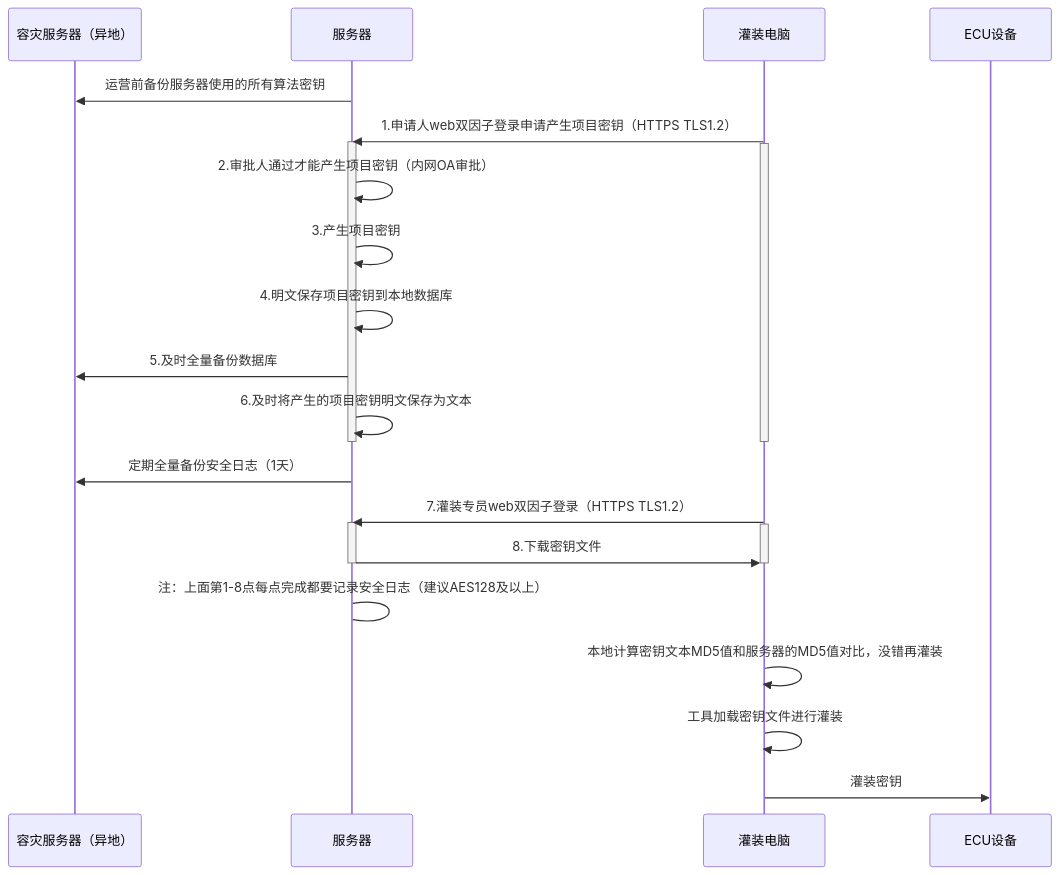
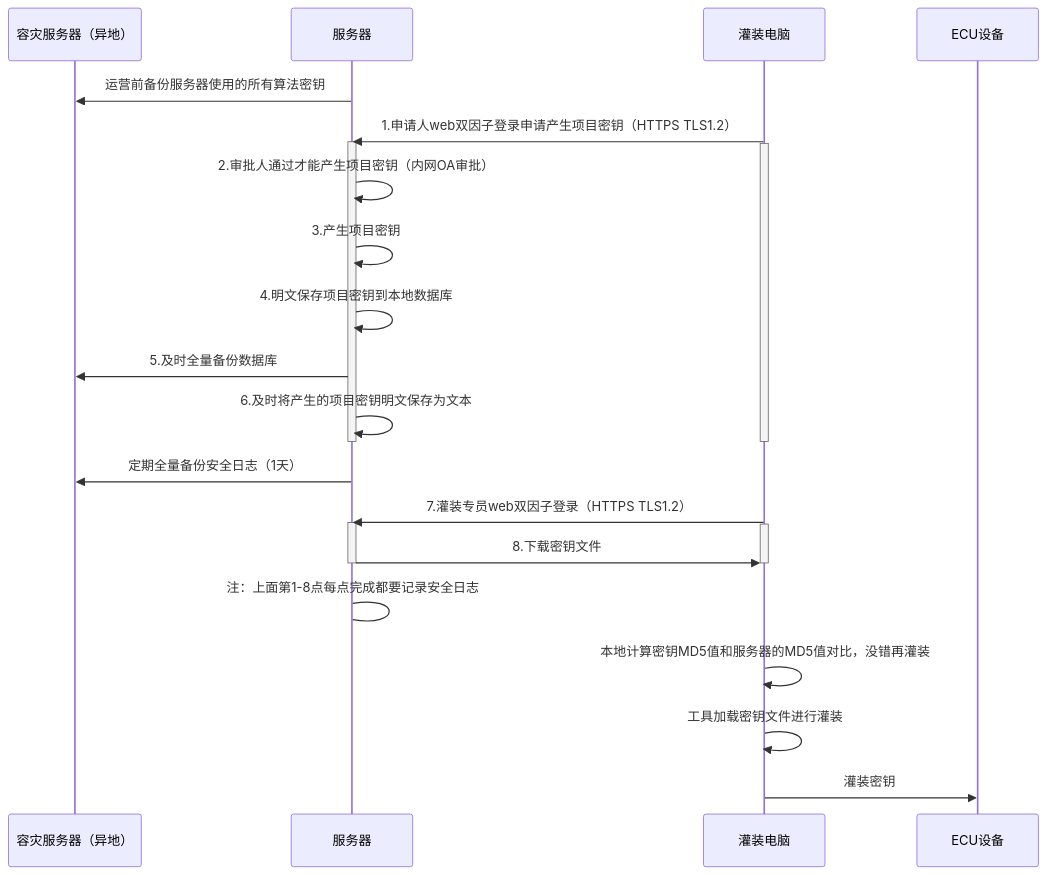
The diagram in all/未命名-17.md (facebook-cloud/iodraw-files), drawn with Mermaid before and after one commit.

Commit message:
2026-03-06 10:19:38 update

````diff
--- a/all/未命名-17.md
+++ b/all/未命名-17.md
@@ -1,34 +1,34 @@
 ```mermaid
 sequenceDiagram
     participant A as 容灾服务器（异地）
     participant B as 服务器
     participant D as 灌装电脑
     participant E as ECU设备
 
     B->>A: 运营前备份服务器使用的所有算法密钥
     D->>B: 1.申请人web双因子登录申请产生项目密钥（HTTPS TLS1.2）
     activate B
     activate D
     B->>B: 2.审批人通过才能产生项目密钥（内网OA审批）
     B->>B: 3.产生项目密钥
     B->>B: 4.明文保存项目密钥到本地数据库
     B->>A: 5.及时全量备份数据库
     B->>B: 6.及时将产生的项目密钥明文保存为文本
     deactivate B
     deactivate D
 
     B->>A: 定期全量备份安全日志（1天）
     
     D->>B: 7.灌装专员web双因子登录（HTTPS TLS1.2）
     activate B
     activate D
     B->>D: 8.下载密钥文件
     deactivate B
     deactivate D
-    B->B: 注：上面第1-8点每点完成都要记录安全日志（建议AES128及以上）
+    B->B: 注：上面第1-8点每点完成都要记录安全日志
 
-    D->>D:本地计算密钥文本MD5值和服务器的MD5值对比，没错再灌装
+    D->>D:本地计算密钥MD5值和服务器的MD5值对比，没错再灌装
     D->>D:工具加载密钥文件进行灌装
     
     D->>E: 灌装密钥
 ```
````
